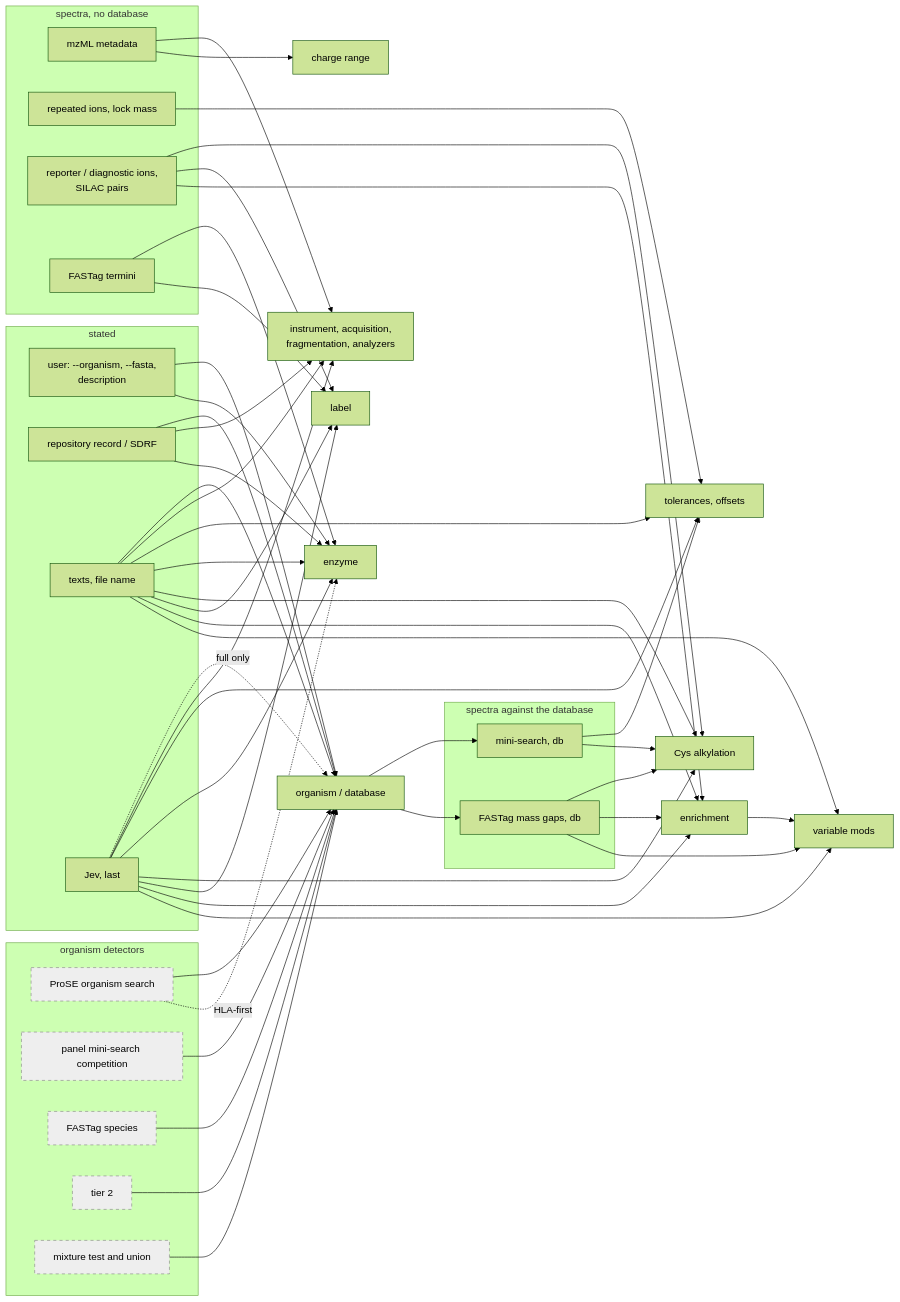
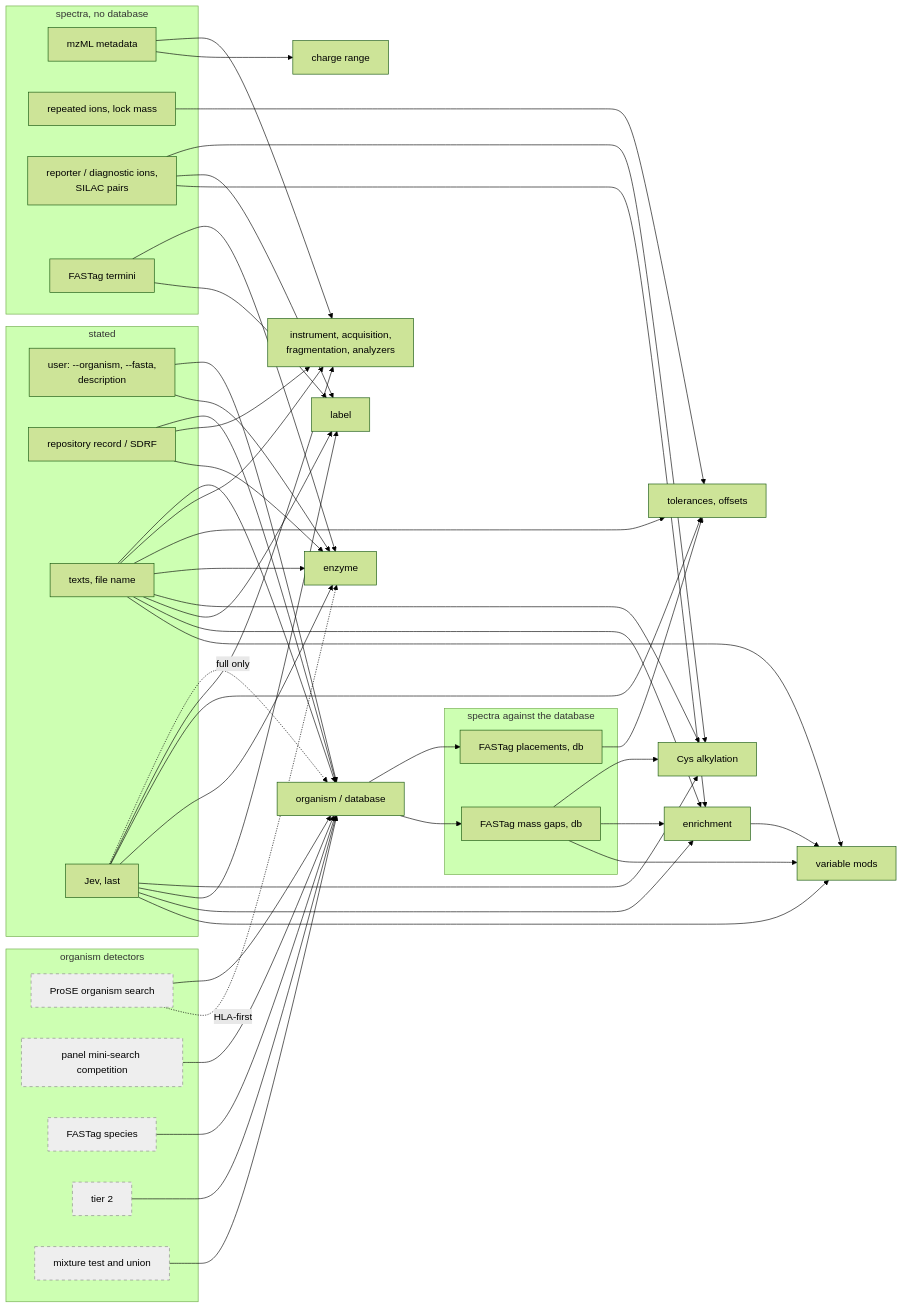
One commit to okohlbacher/prose-auto changed the second of 2 diagrams in docs/decision_flow.md. Above: the diagram before and after it, drawn with Mermaid (forest theme). The commit also changed other lines of this file and 11 other files, not shown here.

First line of the commit message:
prose-auto 0.1.10: mass errors from FASTag placements, mini-search for the organism only

```diff
--- a/docs/decision_flow.md
+++ b/docs/decision_flow.md
@@ -72,7 +71,7 @@
         TERM[FASTag termini]
     end
     subgraph db[spectra against the database]
-        MINI[mini-search, db]
+        PLACE[FASTag placements, db]
         GAPS[FASTag mass gaps, db]
     end
     subgraph orgdet[organism detectors]
@@ -101,7 +100,7 @@
     FSP --> ORG
     TIER2 --> ORG
     MIXU --> ORG
-    ORG --> MINI
+    ORG --> PLACE
     ORG --> GAPS
 
     META --> INS
@@ -111,7 +110,7 @@
     JEV --> INS
 
     PM2 --> TOLD
-    MINI --> TOLD
+    PLACE --> TOLD
     JEV --> TOLD
     TXT --> TOLD
 
@@ -123,7 +122,6 @@
     PROSE -. HLA-first .-> ENZ
 
     DIAG --> CYS
-    MINI --> CYS
     GAPS --> CYS
     TXT --> CYS
     JEV --> CYS
```
